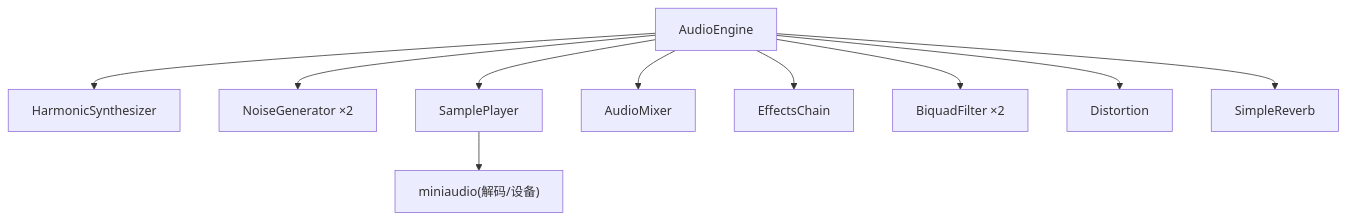
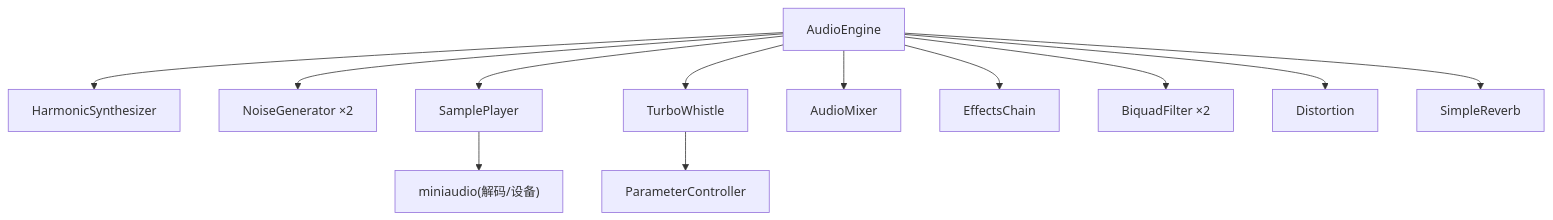
One commit to bangbangde/racing-sound-engine changed the eighth of 8 diagrams in .qoder/repowiki/zh/content/声音合成系统/声音合成系统.md. Above: the diagram before and after it, drawn with Mermaid. The commit also changed other lines of this file and 88 other files, not shown here.

````diff
--- a/.qoder/repowiki/zh/content/声音合成系统/声音合成系统.md
+++ b/.qoder/repowiki/zh/content/声音合成系统/声音合成系统.md
@@ -366,12 +444,14 @@
 ```mermaid
 graph TB
 AE["AudioEngine"] --> HS["HarmonicSynthesizer"]
 AE --> NG["NoiseGenerator ×2"]
 AE --> SP["SamplePlayer"]
+AE --> TW["TurboWhistle"]
 AE --> MIX["AudioMixer"]
 AE --> FX["EffectsChain"]
 AE --> BIQ["BiquadFilter ×2"]
 AE --> DST["Distortion"]
 AE --> RVB["SimpleReverb"]
 SP --> MA["miniaudio(解码/设备)"]
+TW --> PC["ParameterController"]
 ```
````
